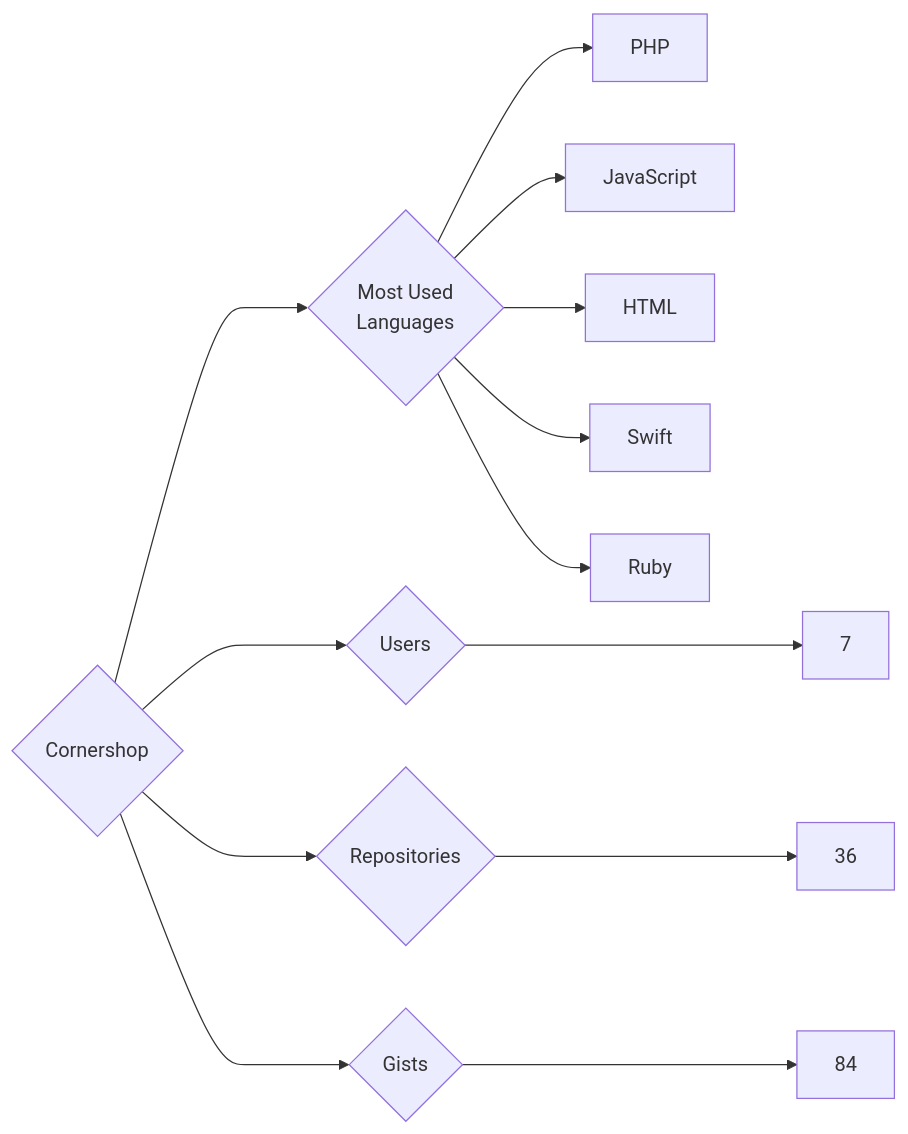
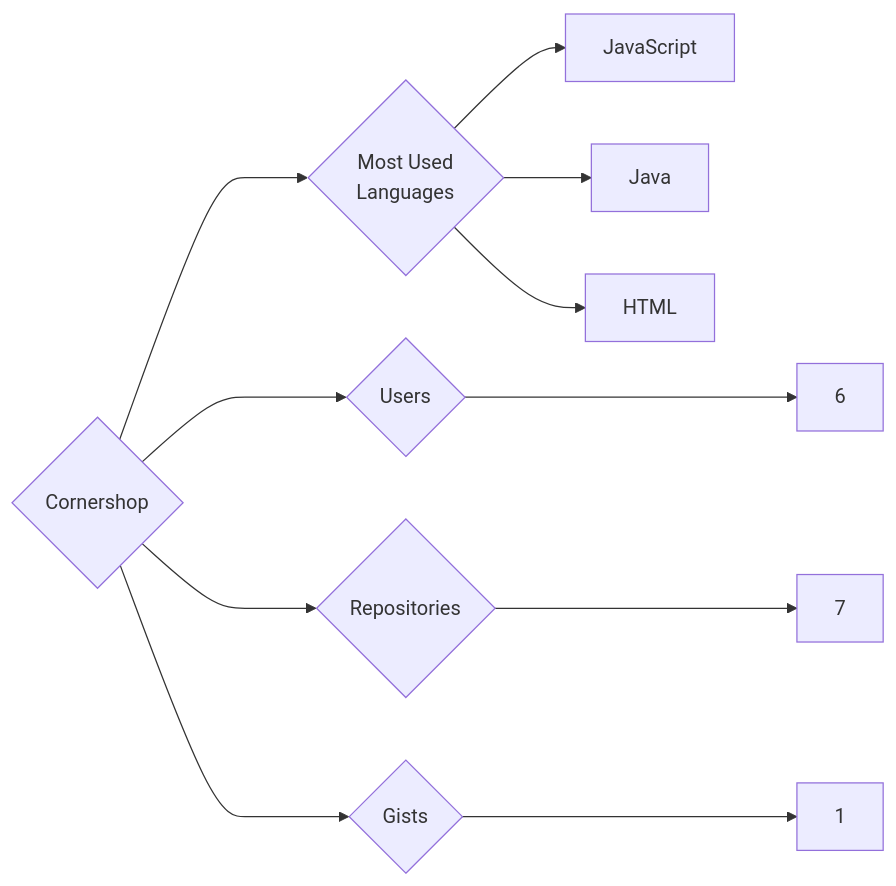
The diagram in targets/Cornershop/README.md (trickest/insiders), drawn with Mermaid before and after one commit. The commit also changed 1166 other files, not shown here.

````diff
--- a/targets/Cornershop/README.md
+++ b/targets/Cornershop/README.md
@@ -3,13 +3,11 @@
 ```mermaid
 graph LR
 COMPANY_NAME{Cornershop}
-COMPANY_NAME ---> U{Users} ---> UN[7]
-COMPANY_NAME ---> R{Repositories} ---> RN[36]
-COMPANY_NAME ---> G{Gists} ---> GN[84]
+COMPANY_NAME ---> U{Users} ---> UN[6]
+COMPANY_NAME ---> R{Repositories} ---> RN[7]
+COMPANY_NAME ---> G{Gists} ---> GN[1]
 COMPANY_NAME ---> ML{Most Used<br>Languages}
-ML --> PHP[PHP]
 ML --> JavaScript[JavaScript]
+ML --> Java[Java]
 ML --> HTML[HTML]
-ML --> Swift[Swift]
-ML --> Ruby[Ruby]
 ```
````
